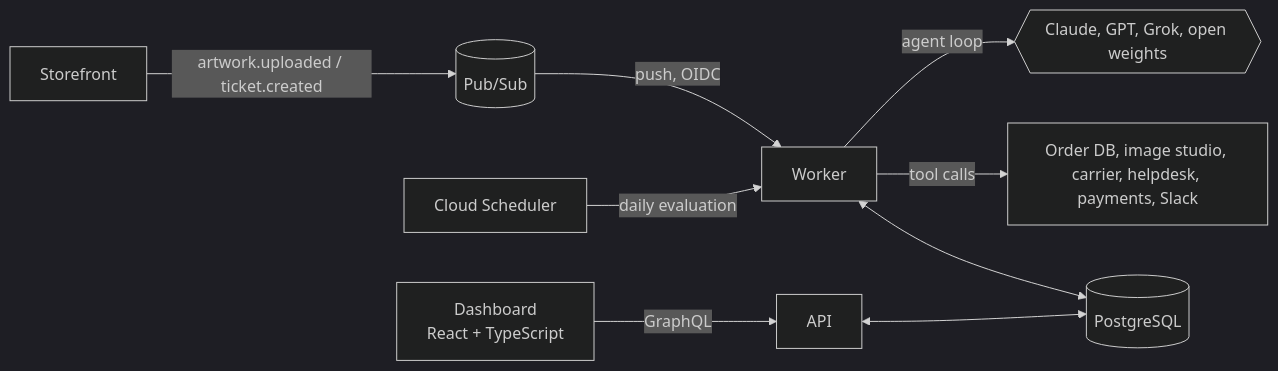
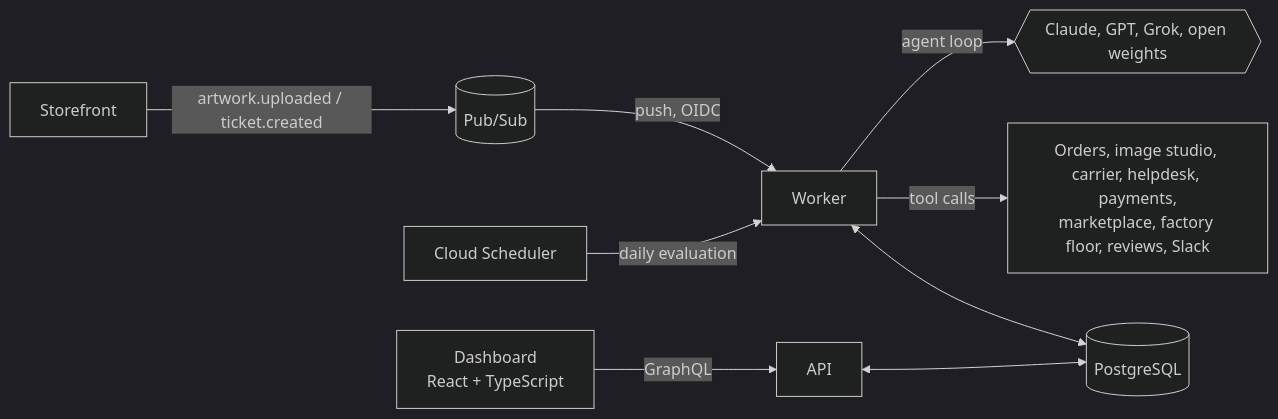
One commit to davidmm07/pressroom changed the diagram in README.md. Above: the diagram before and after it, drawn with Mermaid (dark theme). The commit also changed other lines of this file and 4 other files, not shown here.

````diff
--- a/README.md
+++ b/README.md
@@ -18,11 +20,11 @@
 ```mermaid
 flowchart LR
   SF[Storefront] -- artwork.uploaded / ticket.created --> PS[(Pub/Sub)]
   PS -- push, OIDC --> W[Worker]
   W -- agent loop --> M{{Claude, GPT, Grok, open weights}}
-  W -- tool calls --> T[Order DB, image studio, carrier, helpdesk, payments, Slack]
+  W -- tool calls --> T[Orders, image studio, carrier, helpdesk, payments,<br/>marketplace, factory floor, reviews, Slack]
   W <--> DB[(PostgreSQL)]
   UI[Dashboard<br/>React + TypeScript] -- GraphQL --> API[API]
   API <--> DB
   CS[Cloud Scheduler] -- daily evaluation --> W
 ```
````
